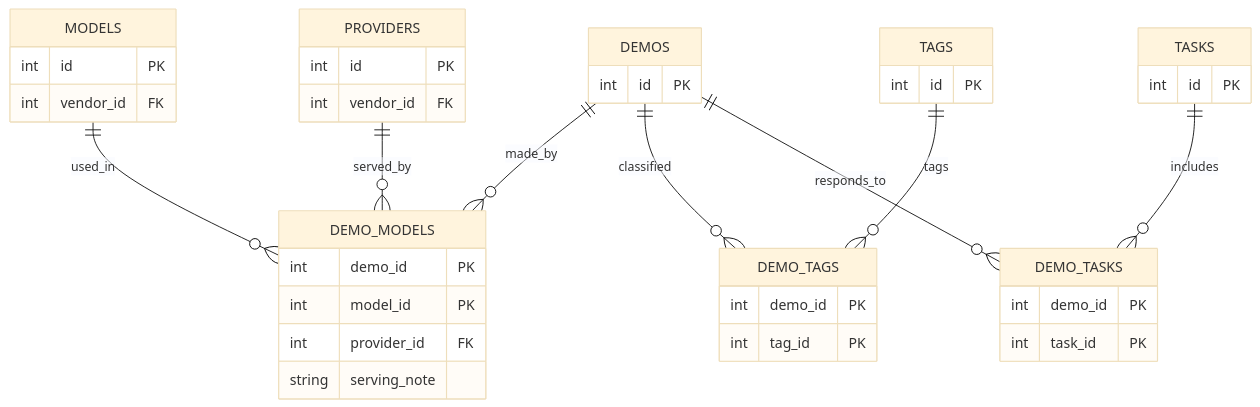
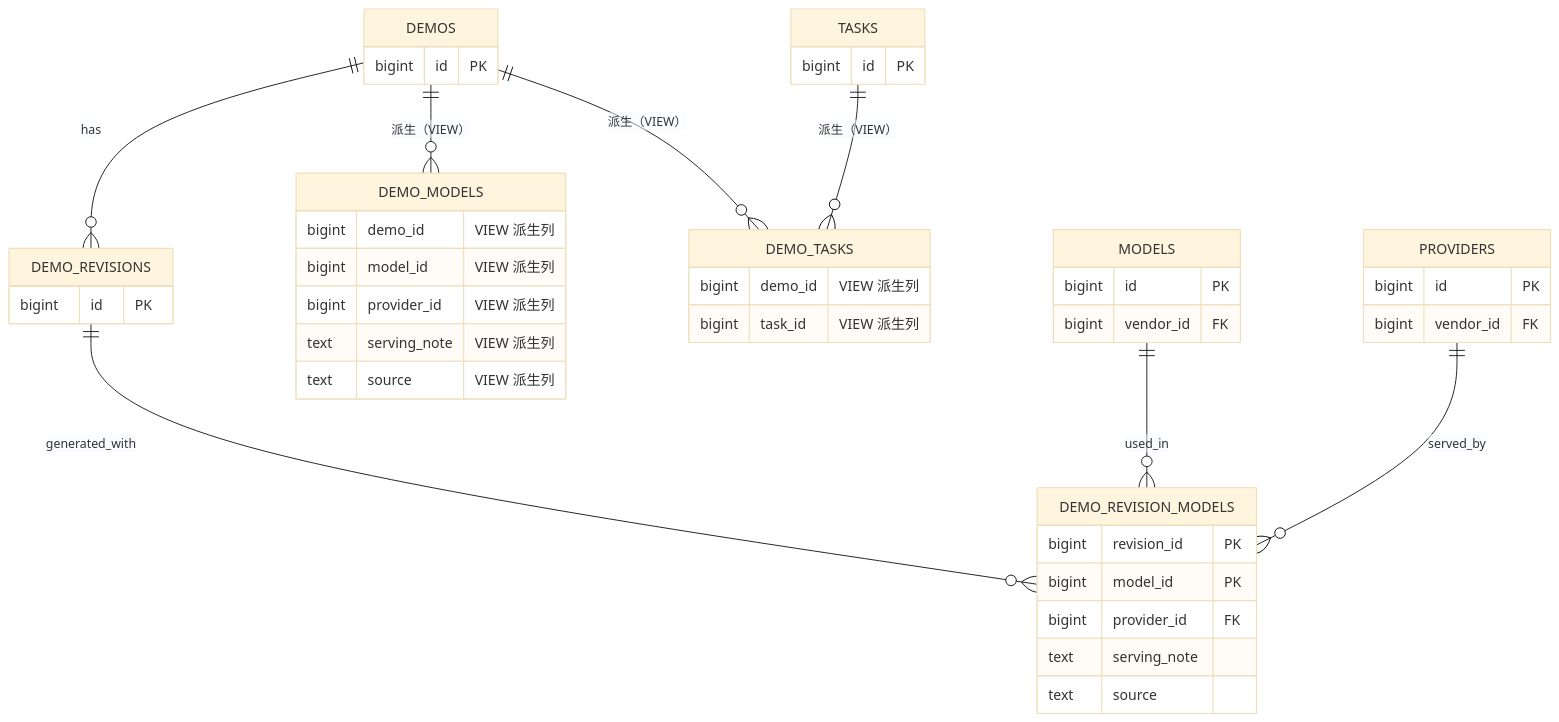
The fifth of 16 diagrams in docs/Demo域设计.md (deepdemos/ds-demos-showcase), drawn with Mermaid (base theme) before and after one commit. The commit also changed other lines of this file and 36 other files, not shown here.

````diff
--- a/docs/Demo域设计.md
+++ b/docs/Demo域设计.md
@@ -536,41 +616,45 @@
 ```mermaid
 erDiagram
     DEMOS {
-        int id PK
+        bigint id PK
+    }
+    DEMO_REVISIONS {
+        bigint id PK
+    }
+    DEMO_REVISION_MODELS {
+        bigint revision_id PK
+        bigint model_id PK
+        bigint provider_id FK
+        text serving_note
+        text source
     }
     DEMO_MODELS {
-        int demo_id PK
-        int model_id PK
-        int provider_id FK
-        string serving_note
-    }
-    DEMO_TAGS {
-        int demo_id PK
-        int tag_id PK
+        bigint demo_id "VIEW 派生列"
+        bigint model_id "VIEW 派生列"
+        bigint provider_id "VIEW 派生列"
+        text serving_note "VIEW 派生列"
+        text source "VIEW 派生列"
     }
     DEMO_TASKS {
-        int demo_id PK
-        int task_id PK
+        bigint demo_id "VIEW 派生列"
+        bigint task_id "VIEW 派生列"
     }
     MODELS {
-        int id PK
-        int vendor_id FK
+        bigint id PK
+        bigint vendor_id FK
     }
     PROVIDERS {
-        int id PK
-        int vendor_id FK
-    }
-    TAGS {
-        int id PK
+        bigint id PK
+        bigint vendor_id FK
     }
     TASKS {
-        int id PK
+        bigint id PK
     }
-    DEMOS ||--o{ DEMO_MODELS : made_by
-    DEMOS ||--o{ DEMO_TAGS : classified
-    DEMOS ||--o{ DEMO_TASKS : responds_to
-    MODELS ||--o{ DEMO_MODELS : used_in
-    PROVIDERS ||--o{ DEMO_MODELS : served_by
-    TAGS ||--o{ DEMO_TAGS : tags
-    TASKS ||--o{ DEMO_TASKS : includes
+    DEMOS ||--o{ DEMO_REVISIONS : has
+    DEMO_REVISIONS ||--o{ DEMO_REVISION_MODELS : generated_with
+    DEMOS ||--o{ DEMO_MODELS : "派生（VIEW）"
+    DEMOS ||--o{ DEMO_TASKS : "派生（VIEW）"
+    MODELS ||--o{ DEMO_REVISION_MODELS : used_in
+    PROVIDERS ||--o{ DEMO_REVISION_MODELS : served_by
+    TASKS ||--o{ DEMO_TASKS : "派生（VIEW）"
 ```
````
